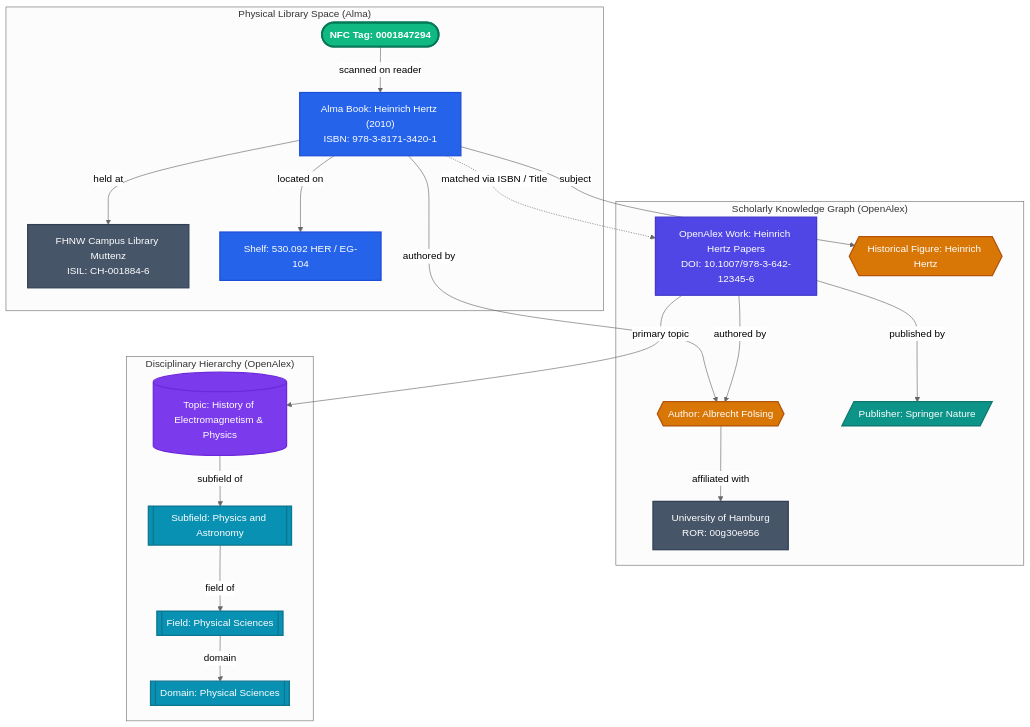
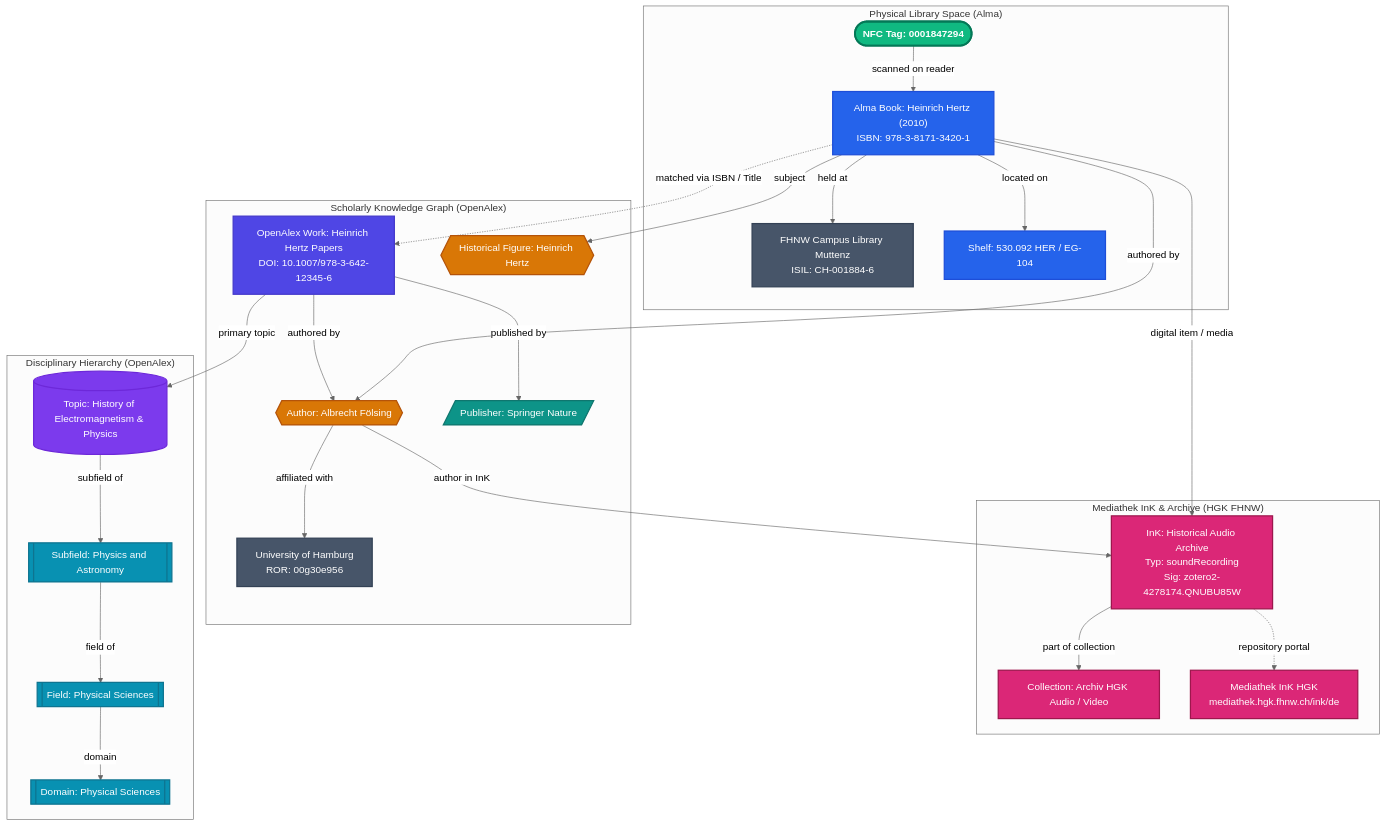
The third of 4 diagrams in docs/mermaid-visualization.md (je4/Library-RFID-Dataspace), drawn with Mermaid (neutral theme) before and after one commit. The commit also changed other lines of this file and 24 other files, not shown here.

Commit message:
Add InK repository links to Dataspace knowledge graph

````diff
--- a/docs/mermaid-visualization.md
+++ b/docs/mermaid-visualization.md
@@ -81,58 +85,72 @@
 ```mermaid
 flowchart TD
     %% Subgraph: Physical Library Space
     subgraph PhysicalSpace ["Physical Library Space (Alma)"]
         Tag1(["NFC Tag: 0001847294"]):::nodeTag
         AlmaBook1["Alma Book: Heinrich Hertz (2010)<br/>ISBN: 978-3-8171-3420-1"]:::nodeAlma
         Library1["FHNW Campus Library Muttenz<br/>ISIL: CH-001884-6"]:::nodeInst
         Shelf1["Shelf: 530.092 HER / EG-104"]:::nodeAlma
+    end
+
+    %% Subgraph: InK Digital Repository
+    subgraph InkSpace ["Mediathek InK & Archive (HGK FHNW)"]
+        InkItem1["InK: Historical Audio Archive<br/>Typ: soundRecording<br/>Sig: zotero2-4278174.QNUBU85W"]:::nodeInk
+        InkColl1["Collection: Archiv HGK Audio / Video"]:::nodeInk
+        InkPlatform["Mediathek InK HGK<br/>mediathek.hgk.fhnw.ch/ink/de"]:::nodeInk
     end
 
     %% Subgraph: Scholarly Graph
     subgraph ScholarlyGraph ["Scholarly Knowledge Graph (OpenAlex)"]
         Work1["OpenAlex Work: Heinrich Hertz Papers<br/>DOI: 10.1007/978-3-642-12345-6"]:::nodeWork
         Author1{{"Author: Albrecht Fölsing"}}:::nodeAuthor
         AuthorHertz{{"Historical Figure: Heinrich Hertz"}}:::nodeAuthor
         Inst1["University of Hamburg<br/>ROR: 00g30e956"]:::nodeInst
         Publisher1[/"Publisher: Springer Nature"/]:::nodeSource
     end
 
     %% Subgraph: Disciplinary Hierarchy
     subgraph Taxonomy ["Disciplinary Hierarchy (OpenAlex)"]
         Topic1[("Topic: History of Electromagnetism & Physics")]:::nodeTopic
         Subfield1[["Subfield: Physics and Astronomy"]]:::nodeTaxonomy
         Field1[["Field: Physical Sciences"]]:::nodeTaxonomy
         Domain1[["Domain: Physical Sciences"]]:::nodeTaxonomy
     end
 
     %% Physical Space Edges
     Tag1 -->|"scanned on reader"| AlmaBook1
     AlmaBook1 -->|"held at"| Library1
     AlmaBook1 -->|"located on"| Shelf1
 
+    %% InK Repository Edges
+    AlmaBook1 -->|"digital item / media"| InkItem1
+    InkItem1 -->|"part of collection"| InkColl1
+    InkItem1 -.->|"repository portal"| InkPlatform
+    Author1 -->|"author in InK"| InkItem1
+
     %% Alma to OpenAlex Bridge Edges
     AlmaBook1 -.->|"matched via ISBN / Title"| Work1
     AlmaBook1 -->|"authored by"| Author1
     AlmaBook1 -->|"subject"| AuthorHertz
 
     %% OpenAlex Internal Edges
     Work1 -->|"authored by"| Author1
     Work1 -->|"published by"| Publisher1
     Work1 -->|"primary topic"| Topic1
     Author1 -->|"affiliated with"| Inst1
 
     %% Taxonomy Traversal Edges
     Topic1 -->|"subfield of"| Subfield1
     Subfield1 -->|"field of"| Field1
     Field1 -->|"domain"| Domain1
 
     %% Styling classes
     classDef nodeTag fill:#10b981,stroke:#047857,stroke-width:3px,color:#ffffff,font-weight:bold;
     classDef nodeAlma fill:#2563eb,stroke:#1d4ed8,stroke-width:2px,color:#ffffff;
+    classDef nodeInk fill:#db2777,stroke:#9d174d,stroke-width:2px,color:#ffffff;
     classDef nodeWork fill:#4f46e5,stroke:#4338ca,stroke-width:2px,color:#ffffff;
     classDef nodeAuthor fill:#d97706,stroke:#b45309,stroke-width:2px,color:#ffffff;
     classDef nodeTopic fill:#7c3aed,stroke:#6d28d9,stroke-width:2px,color:#ffffff;
     classDef nodeTaxonomy fill:#0891b2,stroke:#0e7490,stroke-width:2px,color:#ffffff;
     classDef nodeInst fill:#475569,stroke:#334155,stroke-width:2px,color:#ffffff;
     classDef nodeSource fill:#0d9488,stroke:#0f766e,stroke-width:2px,color:#ffffff;
 ```
````
